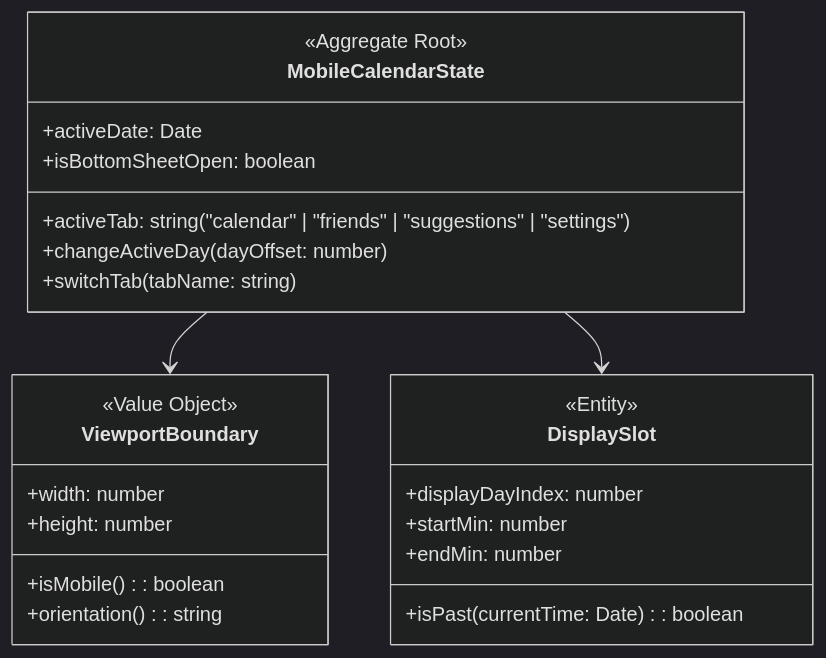
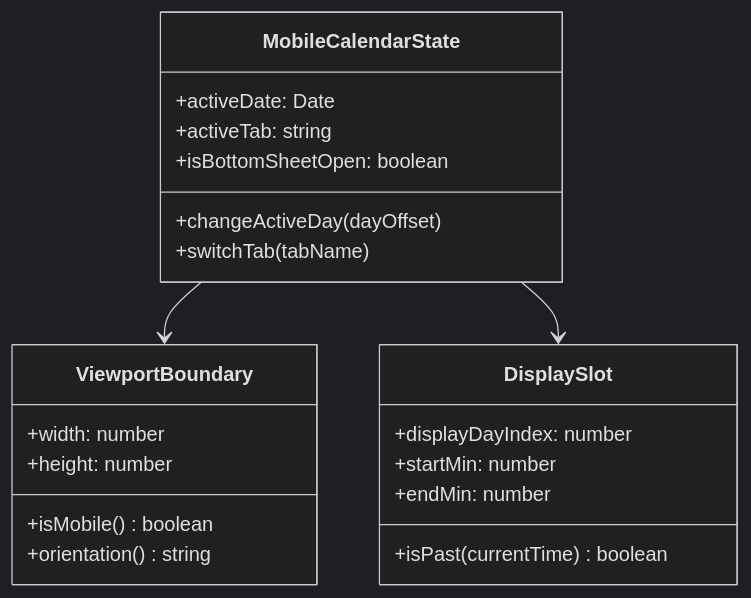
One commit to Arc-y7b/arctime changed the second of 2 diagrams in docs/mobile_view_prd.md. Above: the diagram before and after it, drawn with Mermaid (dark theme). The commit also changed other lines of this file, not shown here.

Commit message:
Initial commit Tue  9 Jun 22:19:09 BST 2026

````diff
--- a/docs/mobile_view_prd.md
+++ b/docs/mobile_view_prd.md
@@ -43,30 +43,27 @@
 ```mermaid
 classDiagram
     class ViewportBoundary {
-        <<Value Object>>
         +width: number
         +height: number
-        +isMobile(): boolean
-        +orientation(): string
+        +isMobile() boolean
+        +orientation() string
     }
 
     class MobileCalendarState {
-        <<Aggregate Root>>
         +activeDate: Date
-        +activeTab: string ("calendar" | "friends" | "suggestions" | "settings")
+        +activeTab: string
         +isBottomSheetOpen: boolean
-        +changeActiveDay(dayOffset: number)
-        +switchTab(tabName: string)
+        +changeActiveDay(dayOffset)
+        +switchTab(tabName)
     }
 
     class DisplaySlot {
-        <<Entity>>
         +displayDayIndex: number
         +startMin: number
         +endMin: number
-        +isPast(currentTime: Date): boolean
+        +isPast(currentTime) boolean
     }
 
     MobileCalendarState --> ViewportBoundary
     MobileCalendarState --> DisplaySlot
 ```
````
